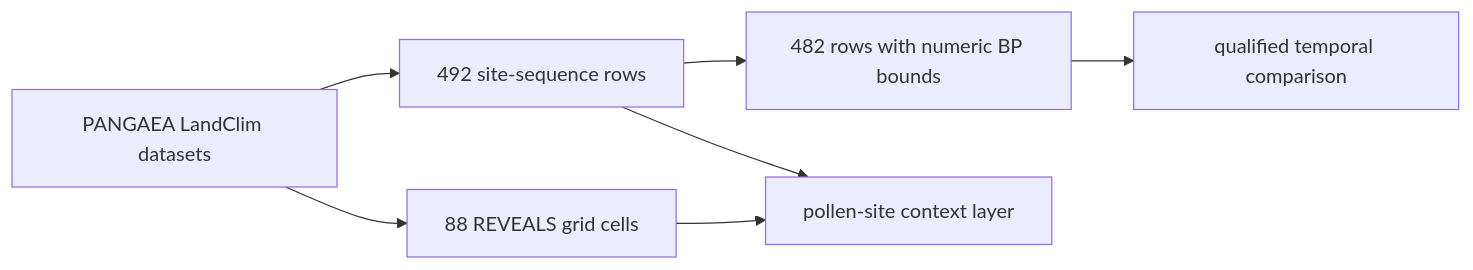
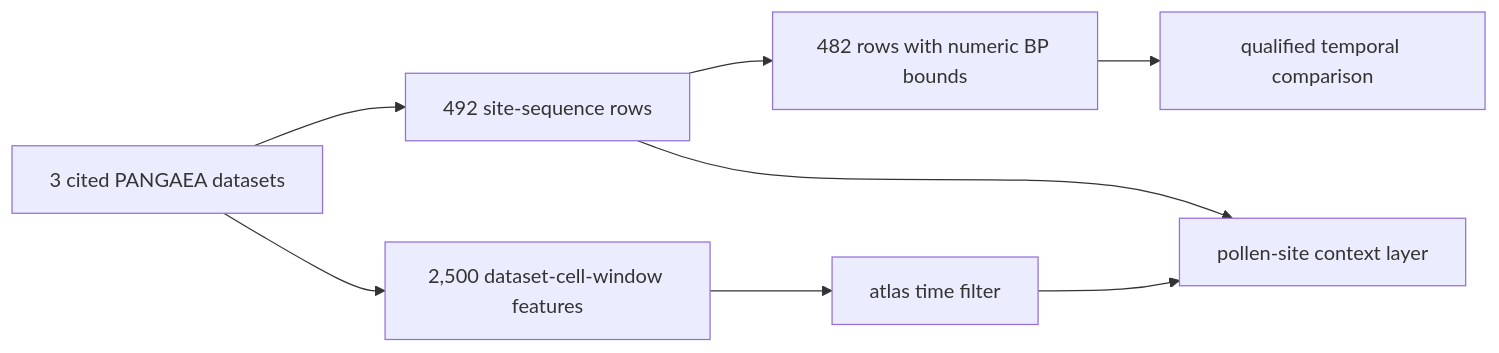
One commit to bijux/bijux-pollenomics changed the first of 2 diagrams in docs/public/pollenomics-data/publications/landclim-exports.md. Above: the diagram before and after it, drawn with Mermaid. The commit also changed other lines of this file and 1 other file, not shown here.

````diff
--- a/docs/public/pollenomics-data/publications/landclim-exports.md
+++ b/docs/public/pollenomics-data/publications/landclim-exports.md
@@ -43,9 +51,10 @@
 ```mermaid
 flowchart LR
-    Datasets["PANGAEA LandClim datasets"] --> Sites["492 site-sequence rows"]
-    Datasets --> Grids["88 REVEALS grid cells"]
+    Datasets["3 cited PANGAEA datasets"] --> Sites["492 site-sequence rows"]
+    Datasets --> Grids["2,500 dataset-cell-window features"]
     Sites --> Time["482 rows with numeric BP bounds"]
     Sites --> Context["pollen-site context layer"]
-    Grids --> Context
+    Grids --> Filter["atlas time filter"]
+    Filter --> Context
     Time --> Compare["qualified temporal comparison"]
 ```
````
